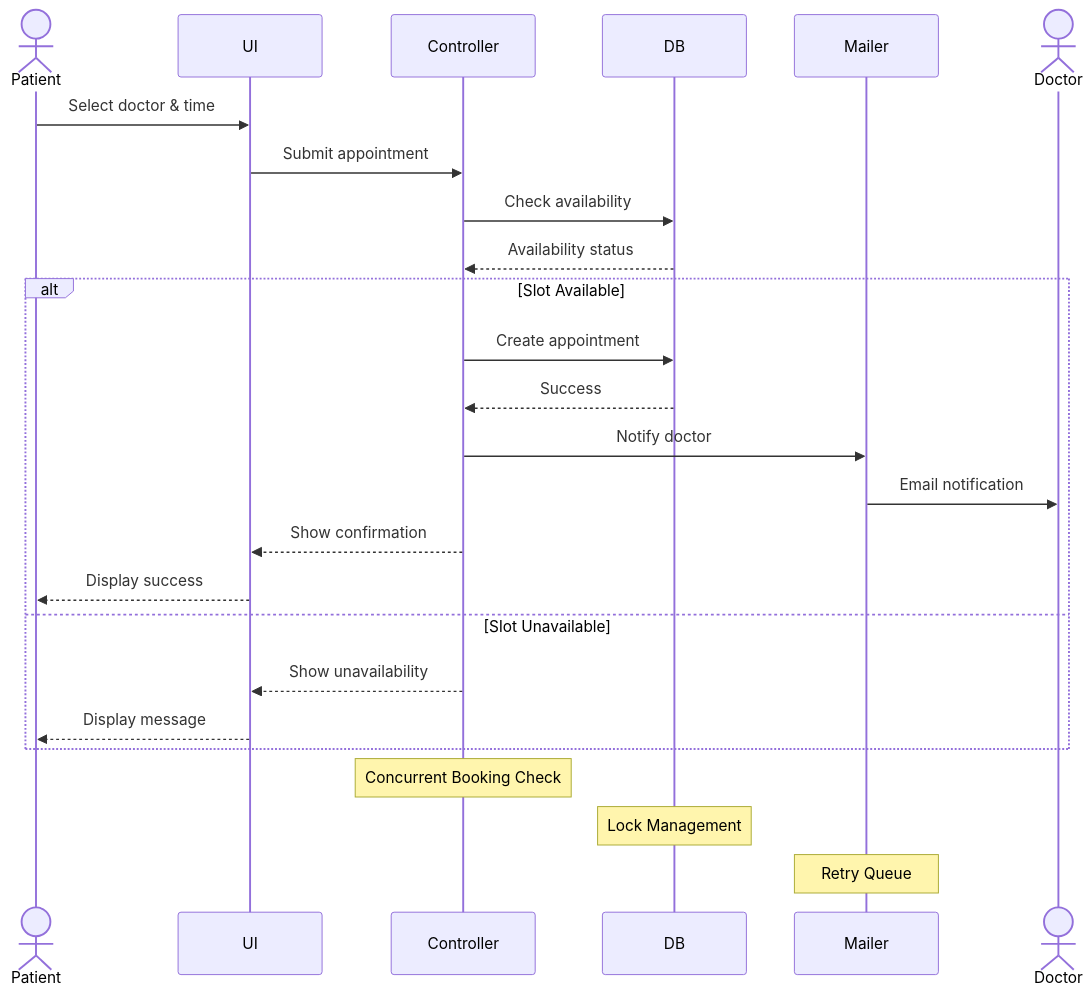
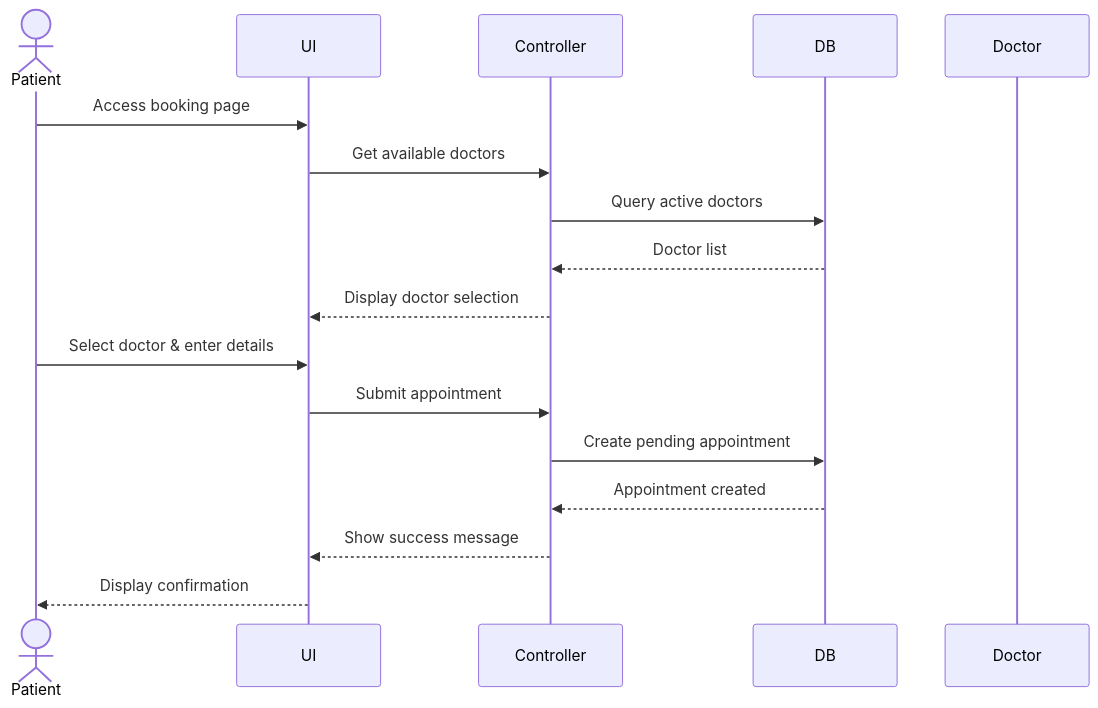
Before and after one commit to SazPy/Hospital-Management: the first of 5 diagrams in docs/use-cases.md, drawn with Mermaid. The commit also changed other lines of this file and 1 other file, not shown here.

````diff
--- a/docs/use-cases.md
+++ b/docs/use-cases.md
@@ -222,30 +105,21 @@
 ```mermaid
 sequenceDiagram
     actor Patient
     participant UI
     participant Controller
     participant DB
-    participant Mailer
-    actor Doctor
+    participant Doctor
 
-    Patient->>UI: Select doctor & time
+    Patient->>UI: Access booking page
+    UI->>Controller: Get available doctors
+    Controller->>DB: Query active doctors
+    DB-->>Controller: Doctor list
+    Controller-->>UI: Display doctor selection
+    
+    Patient->>UI: Select doctor & enter details
     UI->>Controller: Submit appointment
-    Controller->>DB: Check availability
-    DB-->>Controller: Availability status
-    
-    alt Slot Available
-        Controller->>DB: Create appointment
-        DB-->>Controller: Success
-        Controller->>Mailer: Notify doctor
-        Mailer->>Doctor: Email notification
-        Controller-->>UI: Show confirmation
-        UI-->>Patient: Display success
-    else Slot Unavailable
-        Controller-->>UI: Show unavailability
-        UI-->>Patient: Display message
-    end
-
-    note over Controller: Concurrent Booking Check
-    note over DB: Lock Management
-    note over Mailer: Retry Queue
+    Controller->>DB: Create pending appointment
+    DB-->>Controller: Appointment created
+    Controller-->>UI: Show success message
+    UI-->>Patient: Display confirmation
 ```
````
